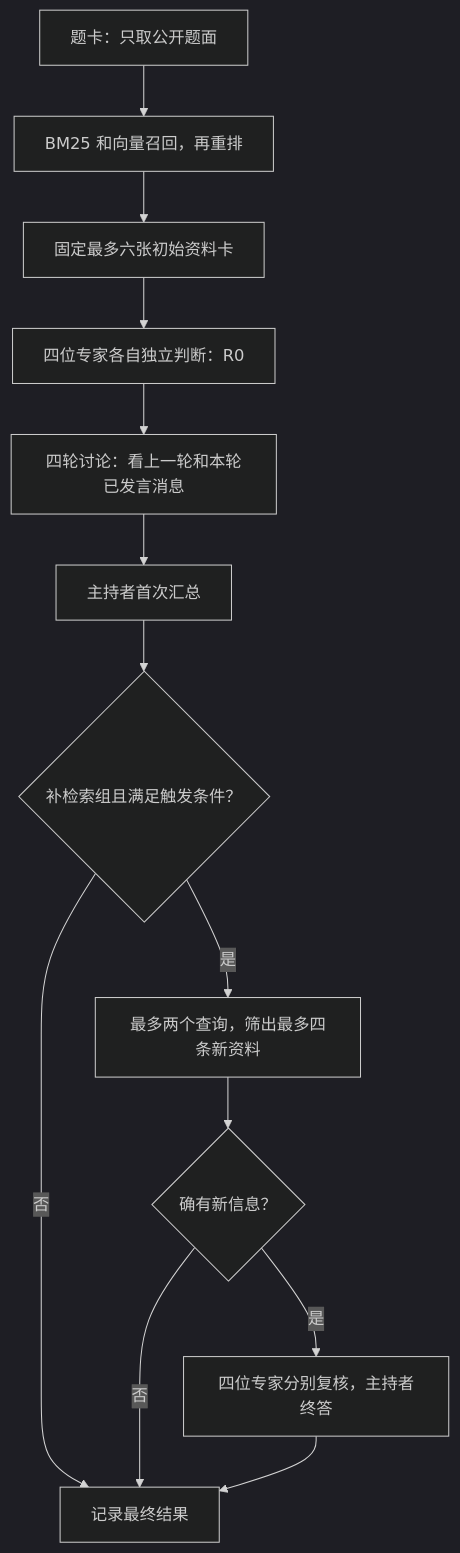
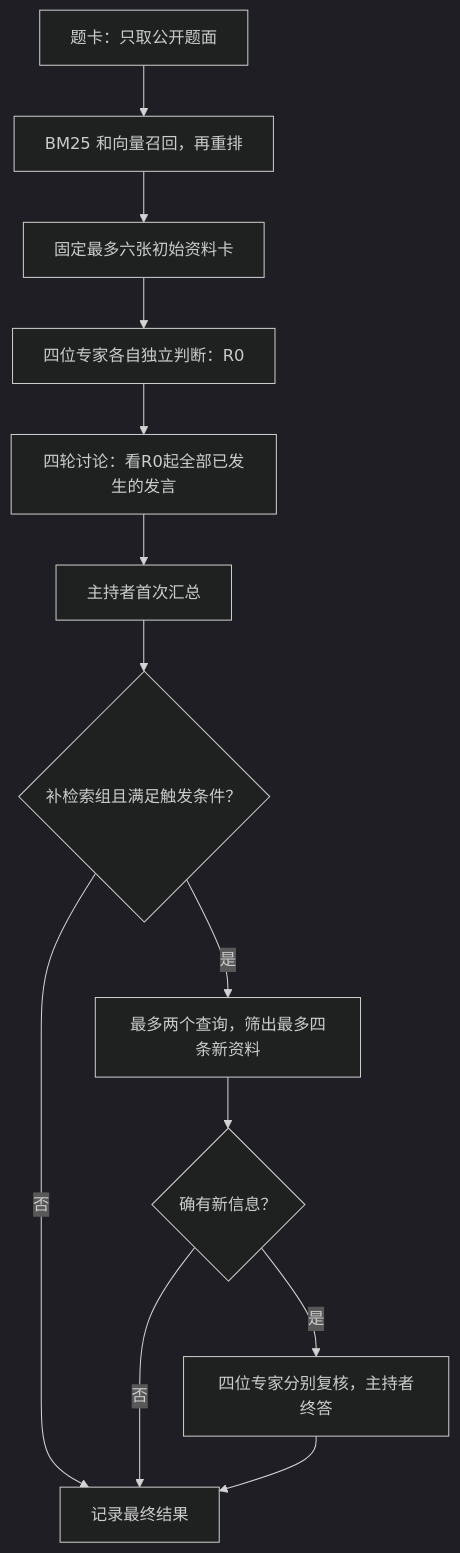
The diagram in CODE_GUIDE.md (jack-huangs/hope), drawn with Mermaid (dark theme) before and after one commit. The commit also changed other lines of this file and 87 other files, not shown here.

````diff
--- a/CODE_GUIDE.md
+++ b/CODE_GUIDE.md
@@ -20,15 +27,15 @@
 ```mermaid
 flowchart TD
     Q[题卡：只取公开题面] --> R[BM25 和向量召回，再重排]
     R --> E[固定最多六张初始资料卡]
     E --> I[四位专家各自独立判断：R0]
-    I --> D[四轮讨论：看上一轮和本轮已发言消息]
+    I --> D[四轮讨论：看R0起全部已发生的发言]
     D --> H[主持者首次汇总]
     H --> T{补检索组且满足触发条件？}
     T -- 否 --> F[记录最终结果]
     T -- 是 --> S[最多两个查询，筛出最多四条新资料]
     S --> N{确有新信息？}
     N -- 否 --> F
     N -- 是 --> V[四位专家分别复核，主持者终答]
     V --> F
 ```
````
